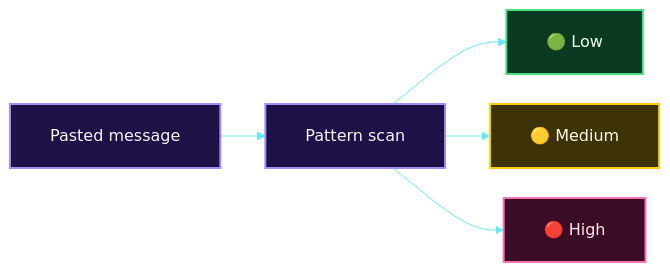
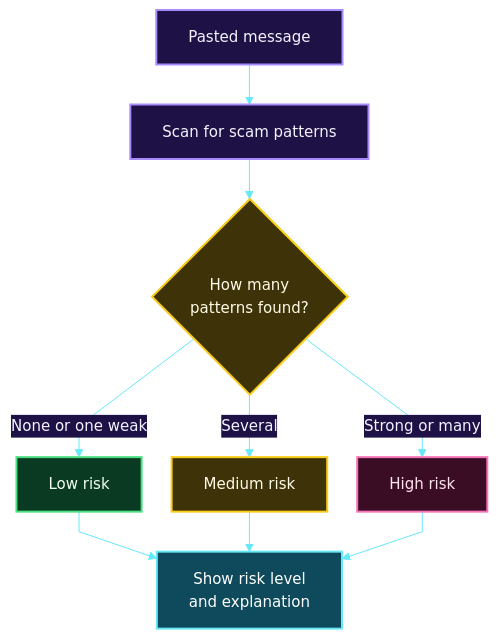
Diagram 14 of 17 in README.md (Mansi232323/MANSHORA), drawn with Mermaid before and after one commit. The commit also changed other lines of this file, not shown here.

````diff
--- a/README.md
+++ b/README.md
@@ -417,16 +544,24 @@
 ```mermaid
-%%{init: {'theme':'base','themeVariables':{'fontSize':'16px','fontFamily':'Arial, Helvetica, sans-serif','lineColor':'#67e8f9'},'flowchart':{'htmlLabels':true,'nodeSpacing':30,'rankSpacing':45,'padding':20,'wrappingWidth':260}}}%%
-flowchart LR
-    M["Pasted message"] --> P["Pattern scan"]
-    P --> L["🟢 Low"]
-    P --> Md["🟡 Medium"]
-    P --> H["🔴 High"]
+%%{init: {'theme':'base','themeVariables':{'fontSize':'15px','fontFamily':'Arial, Helvetica, sans-serif','primaryColor':'#1e1145','primaryTextColor':'#f5f3ff','primaryBorderColor':'#a78bfa','lineColor':'#67e8f9','textColor':'#f5f3ff','edgeLabelBackground':'#1e1145'},'flowchart':{'htmlLabels':true,'nodeSpacing':30,'rankSpacing':40,'padding':16,'curve':'linear'}}}%%
+flowchart TD
+    M["Pasted message"] --> P["Scan for scam patterns"]
+    P --> Q{"How many<br/>patterns found?"}
+    Q -- "None or one weak" --> L["Low risk"]
+    Q -- "Several" --> Md["Medium risk"]
+    Q -- "Strong or many" --> H["High risk"]
+    L --> X["Show risk level<br/>and explanation"]
+    Md --> X
+    H --> X
     classDef n fill:#1e1145,stroke:#a78bfa,stroke-width:2px,color:#f5f3ff
+    classDef d fill:#3d3208,stroke:#facc15,stroke-width:2px,color:#fffbe6
     classDef low fill:#0b3a22,stroke:#4ade80,stroke-width:2px,color:#f0fff4
     classDef mid fill:#3d3208,stroke:#facc15,stroke-width:2px,color:#fffbe6
     classDef high fill:#3b0d24,stroke:#f472b6,stroke-width:2px,color:#ffe4f0
+    classDef out fill:#0e4a5c,stroke:#67e8f9,stroke-width:2px,color:#ffffff
     class M,P n
+    class Q d
     class L low
     class Md mid
     class H high
+    class X out
 ```
````
